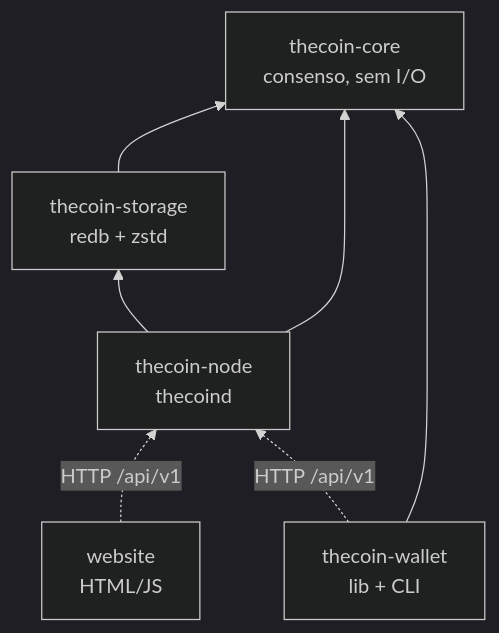
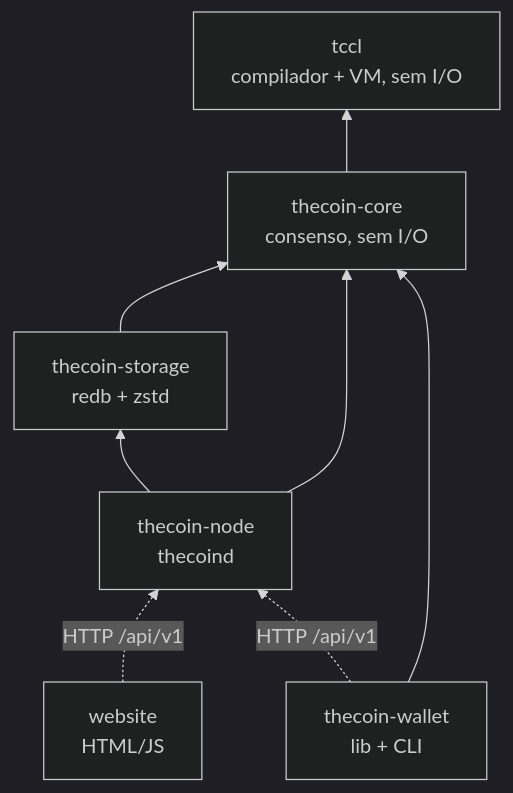
One commit to LucasBolla94/thecoin changed the first of 3 diagrams in docs/ARCHITECTURE.md. Above: the diagram before and after it, drawn with Mermaid (dark theme). The commit also changed other lines of this file and 18 other files, not shown here.

````diff
--- a/docs/ARCHITECTURE.md
+++ b/docs/ARCHITECTURE.md
@@ -22,14 +23,16 @@
 ```mermaid
 flowchart BT
+    tccl[tccl<br/>compilador + VM, sem I/O]
     core[thecoin-core<br/>consenso, sem I/O]
     storage[thecoin-storage<br/>redb + zstd]
     node[thecoin-node<br/>thecoind]
     wallet[thecoin-wallet<br/>lib + CLI]
     site[website<br/>HTML/JS]
+    core --> tccl
     storage --> core
     node --> core
     node --> storage
     wallet --> core
     site -. HTTP /api/v1 .-> node
     wallet -. HTTP /api/v1 .-> node
 ```
````
